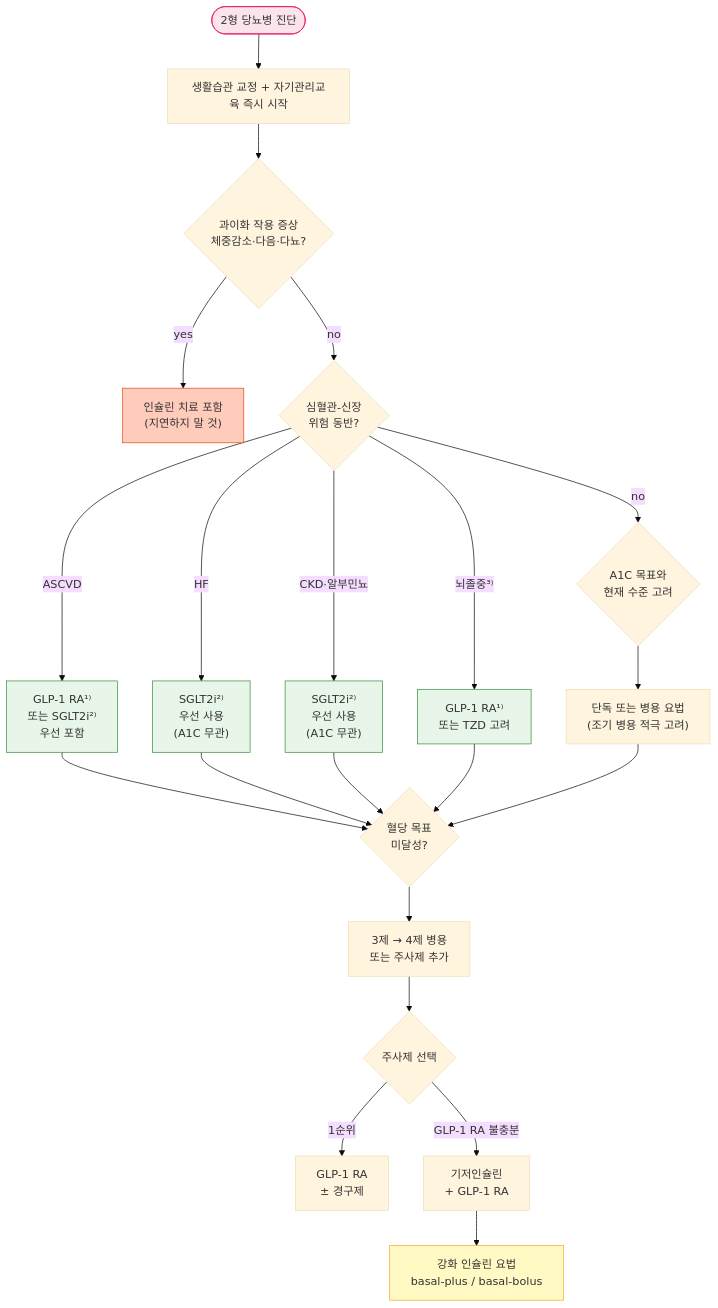
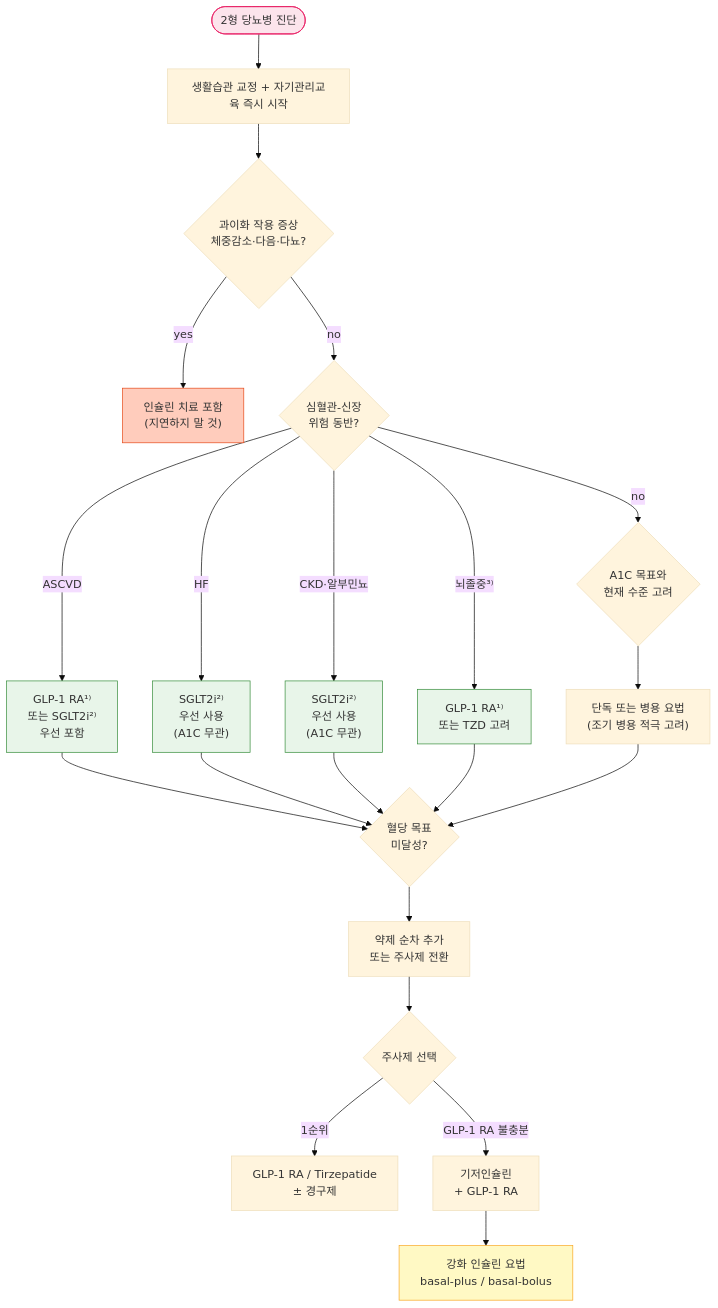
The diagram in 226_/101_.md (familyoh77/familyoh77), drawn with Mermaid (base theme) before and after one commit. The commit also changed other lines of this file and 1 other file, not shown here.

````diff
--- a/226_/101_.md
+++ b/226_/101_.md
@@ -56,30 +56,34 @@
 ```mermaid
 flowchart TD
     A([2형 당뇨병 진단]) --> B[생활습관 교정 + 자기관리교육 즉시 시작]
     B --> C{과이화 작용 증상\n체중감소·다음·다뇨?}
     C -->|yes| INS["인슐린 치료 포함\n(지연하지 말 것)"]
     C -->|no| D{심혈관-신장\n위험 동반?}
 
     D -->|ASCVD| E["GLP-1 RA¹⁾\n또는 SGLT2i²⁾\n우선 포함"]
     D -->|HF| F["SGLT2i²⁾\n우선 사용\n(A1C 무관)"]
     D -->|CKD·알부민뇨| G["SGLT2i²⁾\n우선 사용\n(A1C 무관)"]
     D -->|뇌졸중³⁾| STR["GLP-1 RA¹⁾\n또는 TZD 고려"]
     D -->|no| H{A1C 목표와\n현재 수준 고려}
 
     H --> J["단독 또는 병용 요법\n(조기 병용 적극 고려)"]
-    E & F & G & STR & J --> K{혈당 목표\n미달성?}
+    E --> K{혈당 목표\n미달성?}
+    F --> K
+    G --> K
+    STR --> K
+    J --> K
 
-    K --> L["3제 → 4제 병용\n또는 주사제 추가"]
+    K --> L["약제 순차 추가\n또는 주사제 전환"]
     L --> M{주사제 선택}
-    M -->|"1순위"| N["GLP-1 RA\n± 경구제"]
+    M -->|"1순위"| N["GLP-1 RA / Tirzepatide\n± 경구제"]
     M -->|"GLP-1 RA 불충분"| O["기저인슐린\n+ GLP-1 RA"]
     O --> P["강화 인슐린 요법\nbasal-plus / basal-bolus"]
 
     style A fill:#fce4ec,stroke:#e91e63
     style INS fill:#ffccbc,stroke:#e64a19
     style E fill:#e8f5e9,stroke:#388e3c
     style F fill:#e8f5e9,stroke:#388e3c
     style G fill:#e8f5e9,stroke:#388e3c
     style STR fill:#e8f5e9,stroke:#388e3c
     style P fill:#fff9c4,stroke:#f9a825
 ```
````
